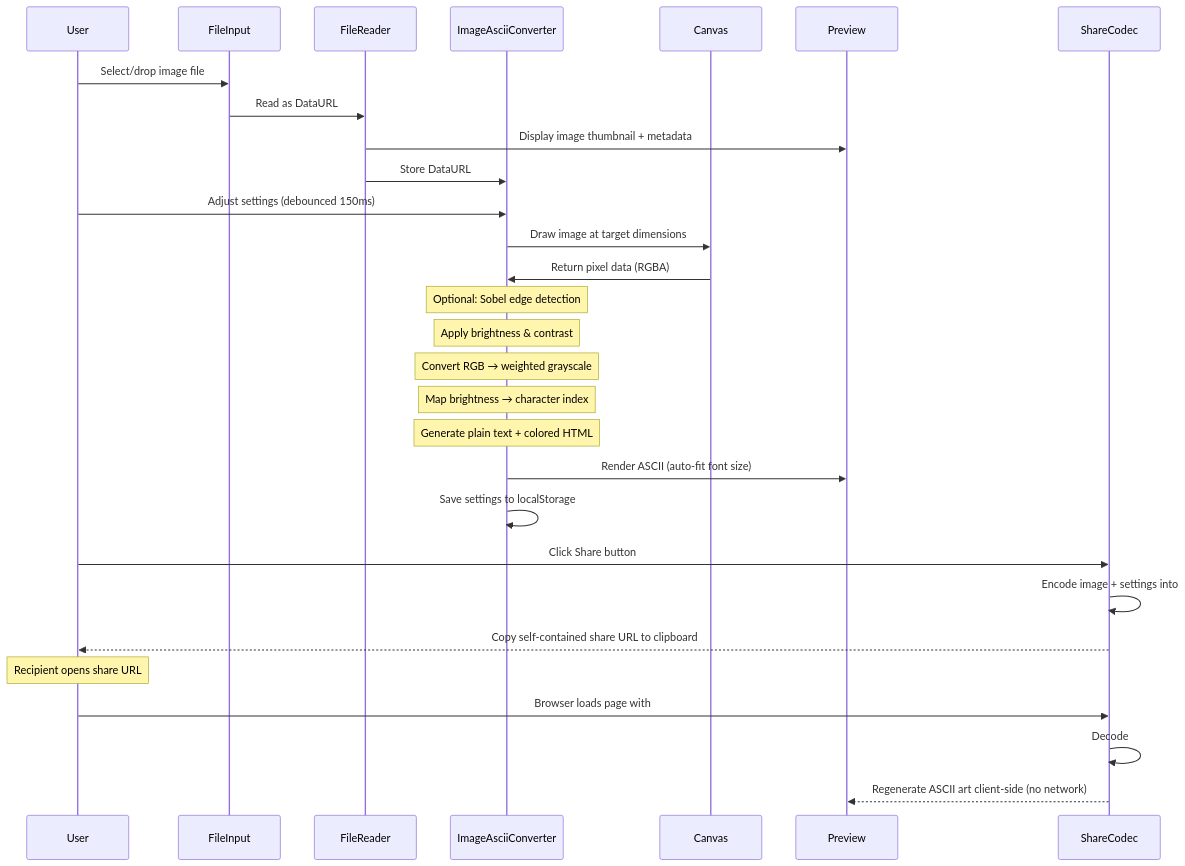
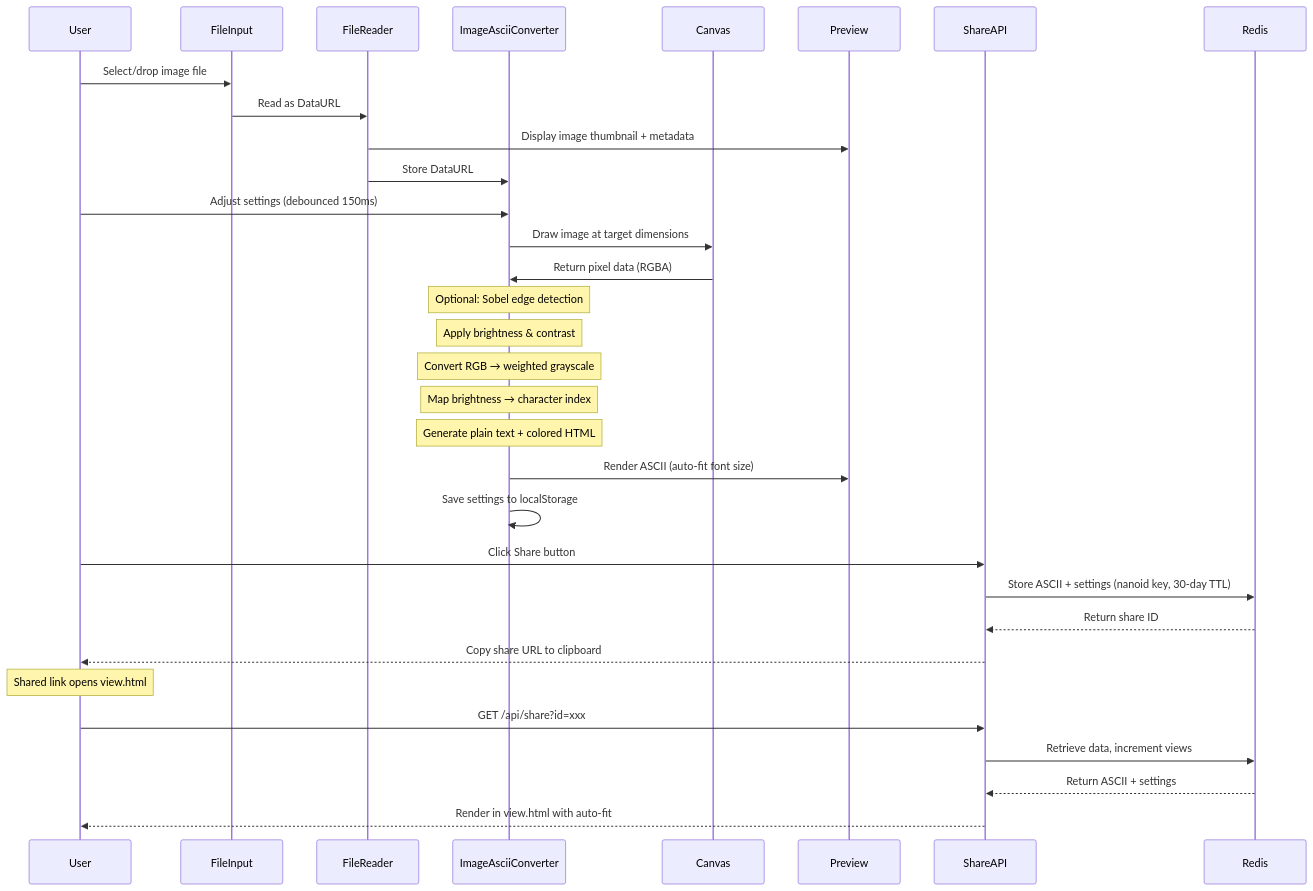
One commit to Technical-1/Image-To-Ascii-Vite changed the second of 2 diagrams in .portfolio/architecture.md. Above: the diagram before and after it, drawn with Mermaid. The commit also changed other lines of this file and 22 other files, not shown here.

````diff
--- a/.portfolio/architecture.md
+++ b/.portfolio/architecture.md
@@ -66,37 +73,40 @@
 ```mermaid
 sequenceDiagram
     participant User
     participant FileInput
     participant FileReader
     participant ImageAsciiConverter
     participant Canvas
     participant Preview
-    participant ShareCodec
+    participant ShareAPI
+    participant Redis
 
     User->>FileInput: Select/drop image file
     FileInput->>FileReader: Read as DataURL
     FileReader->>Preview: Display image thumbnail + metadata
     FileReader->>ImageAsciiConverter: Store DataURL
 
     User->>ImageAsciiConverter: Adjust settings (debounced 150ms)
     ImageAsciiConverter->>Canvas: Draw image at target dimensions
     Canvas->>ImageAsciiConverter: Return pixel data (RGBA)
 
     Note over ImageAsciiConverter: Optional: Sobel edge detection
     Note over ImageAsciiConverter: Apply brightness & contrast
     Note over ImageAsciiConverter: Convert RGB → weighted grayscale
     Note over ImageAsciiConverter: Map brightness → character index
     Note over ImageAsciiConverter: Generate plain text + colored HTML
 
     ImageAsciiConverter->>Preview: Render ASCII (auto-fit font size)
     ImageAsciiConverter->>ImageAsciiConverter: Save settings to localStorage
 
-    User->>ShareCodec: Click Share button
-    ShareCodec->>ShareCodec: Encode image + settings into #s= URL fragment
-    ShareCodec-->>User: Copy self-contained share URL to clipboard
+    User->>ShareAPI: Click Share button
+    ShareAPI->>Redis: Store ASCII + settings (nanoid key, 30-day TTL)
+    Redis-->>ShareAPI: Return share ID
+    ShareAPI-->>User: Copy share URL to clipboard
 
-    Note over User: Recipient opens share URL
-    User->>ShareCodec: Browser loads page with #s= fragment
-    ShareCodec->>ShareCodec: Decode #s= → image + settings
-    ShareCodec-->>Preview: Regenerate ASCII art client-side (no network)
+    Note over User: Shared link opens view.html
+    User->>ShareAPI: GET /api/share?id=xxx
+    ShareAPI->>Redis: Retrieve data, increment views
+    Redis-->>ShareAPI: Return ASCII + settings
+    ShareAPI-->>User: Render in view.html with auto-fit
 ```
````
